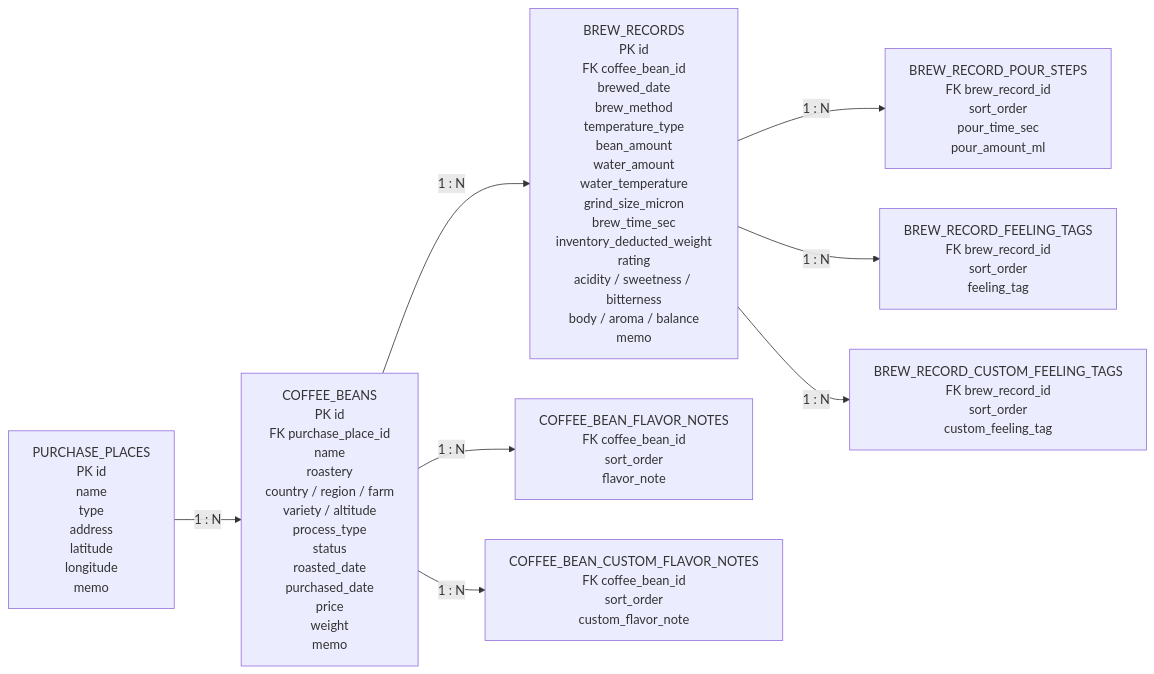
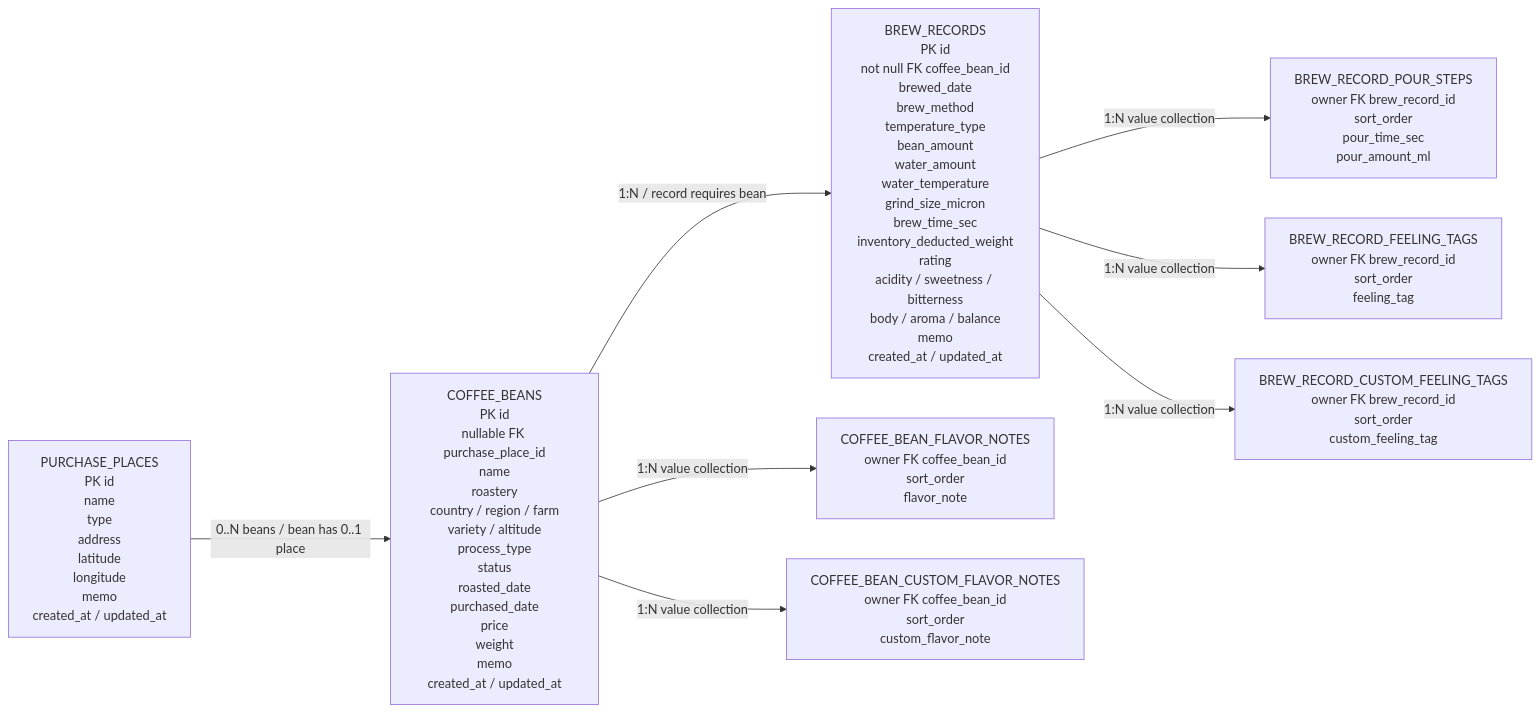
Before and after one commit to Seonggyun01/brewing-coffee: the diagram in README.md, drawn with Mermaid. The commit also changed other lines of this file, not shown here.

Commit message:
docs: clarify entity relationships

````diff
--- a/README.md
+++ b/README.md
@@ -63,20 +63,20 @@
 ```mermaid
 flowchart LR
-    purchasePlaces["PURCHASE_PLACES<br/>PK id<br/>name<br/>type<br/>address<br/>latitude<br/>longitude<br/>memo"]
-    coffeeBeans["COFFEE_BEANS<br/>PK id<br/>FK purchase_place_id<br/>name<br/>roastery<br/>country / region / farm<br/>variety / altitude<br/>process_type<br/>status<br/>roasted_date<br/>purchased_date<br/>price<br/>weight<br/>memo"]
-    brewRecords["BREW_RECORDS<br/>PK id<br/>FK coffee_bean_id<br/>brewed_date<br/>brew_method<br/>temperature_type<br/>bean_amount<br/>water_amount<br/>water_temperature<br/>grind_size_micron<br/>brew_time_sec<br/>inventory_deducted_weight<br/>rating<br/>acidity / sweetness / bitterness<br/>body / aroma / balance<br/>memo"]
+    purchasePlaces["PURCHASE_PLACES<br/>PK id<br/>name<br/>type<br/>address<br/>latitude<br/>longitude<br/>memo<br/>created_at / updated_at"]
+    coffeeBeans["COFFEE_BEANS<br/>PK id<br/>nullable FK purchase_place_id<br/>name<br/>roastery<br/>country / region / farm<br/>variety / altitude<br/>process_type<br/>status<br/>roasted_date<br/>purchased_date<br/>price<br/>weight<br/>memo<br/>created_at / updated_at"]
+    brewRecords["BREW_RECORDS<br/>PK id<br/>not null FK coffee_bean_id<br/>brewed_date<br/>brew_method<br/>temperature_type<br/>bean_amount<br/>water_amount<br/>water_temperature<br/>grind_size_micron<br/>brew_time_sec<br/>inventory_deducted_weight<br/>rating<br/>acidity / sweetness / bitterness<br/>body / aroma / balance<br/>memo<br/>created_at / updated_at"]
 
-    beanFlavorNotes["COFFEE_BEAN_FLAVOR_NOTES<br/>FK coffee_bean_id<br/>sort_order<br/>flavor_note"]
-    beanCustomFlavorNotes["COFFEE_BEAN_CUSTOM_FLAVOR_NOTES<br/>FK coffee_bean_id<br/>sort_order<br/>custom_flavor_note"]
-    brewPourSteps["BREW_RECORD_POUR_STEPS<br/>FK brew_record_id<br/>sort_order<br/>pour_time_sec<br/>pour_amount_ml"]
-    brewFeelingTags["BREW_RECORD_FEELING_TAGS<br/>FK brew_record_id<br/>sort_order<br/>feeling_tag"]
-    brewCustomFeelingTags["BREW_RECORD_CUSTOM_FEELING_TAGS<br/>FK brew_record_id<br/>sort_order<br/>custom_feeling_tag"]
+    beanFlavorNotes["COFFEE_BEAN_FLAVOR_NOTES<br/>owner FK coffee_bean_id<br/>sort_order<br/>flavor_note"]
+    beanCustomFlavorNotes["COFFEE_BEAN_CUSTOM_FLAVOR_NOTES<br/>owner FK coffee_bean_id<br/>sort_order<br/>custom_flavor_note"]
+    brewPourSteps["BREW_RECORD_POUR_STEPS<br/>owner FK brew_record_id<br/>sort_order<br/>pour_time_sec<br/>pour_amount_ml"]
+    brewFeelingTags["BREW_RECORD_FEELING_TAGS<br/>owner FK brew_record_id<br/>sort_order<br/>feeling_tag"]
+    brewCustomFeelingTags["BREW_RECORD_CUSTOM_FEELING_TAGS<br/>owner FK brew_record_id<br/>sort_order<br/>custom_feeling_tag"]
 
-    purchasePlaces -- "1 : N" --> coffeeBeans
-    coffeeBeans -- "1 : N" --> brewRecords
-    coffeeBeans -- "1 : N" --> beanFlavorNotes
-    coffeeBeans -- "1 : N" --> beanCustomFlavorNotes
-    brewRecords -- "1 : N" --> brewPourSteps
-    brewRecords -- "1 : N" --> brewFeelingTags
-    brewRecords -- "1 : N" --> brewCustomFeelingTags
+    purchasePlaces -- "0..N beans / bean has 0..1 place" --> coffeeBeans
+    coffeeBeans -- "1:N / record requires bean" --> brewRecords
+    coffeeBeans -- "1:N value collection" --> beanFlavorNotes
+    coffeeBeans -- "1:N value collection" --> beanCustomFlavorNotes
+    brewRecords -- "1:N value collection" --> brewPourSteps
+    brewRecords -- "1:N value collection" --> brewFeelingTags
+    brewRecords -- "1:N value collection" --> brewCustomFeelingTags
 ```
````
